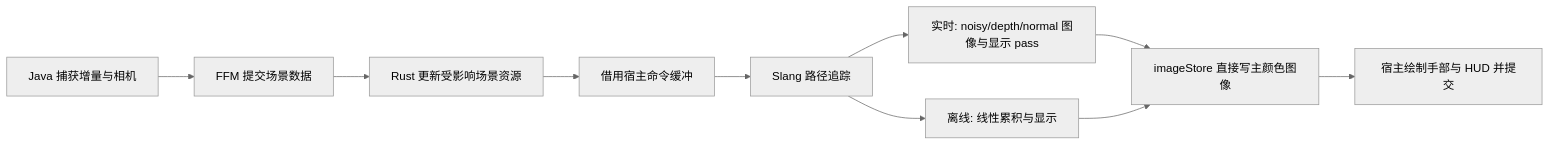
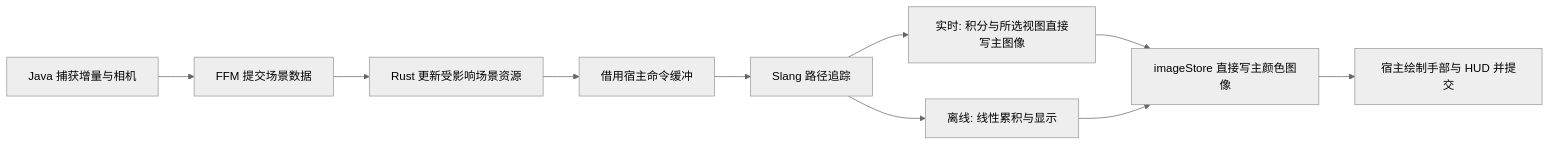
One commit to bWFuanVzYWth/prime changed the diagram in docs/pipeline.md. Above: the diagram before and after it, drawn with Mermaid (neutral theme). The commit also changed other lines of this file and 181 other files, not shown here.

````diff
--- a/docs/pipeline.md
+++ b/docs/pipeline.md
@@ -44,12 +44,12 @@
 ```mermaid
 flowchart LR
     A[Java 捕获增量与相机] --> B[FFM 提交场景数据]
     B --> C[Rust 更新受影响场景资源]
     C --> D[借用宿主命令缓冲]
     D --> E[Slang 路径追踪]
-    E --> R[实时: noisy/depth/normal 图像与显示 pass]
+    E --> R[实时: 积分与所选视图直接写主图像]
     E --> O[离线: 线性累积与显示]
     R --> F[imageStore 直接写主颜色图像]
     O --> F
     F --> G[宿主绘制手部与 HUD 并提交]
 ```
````
